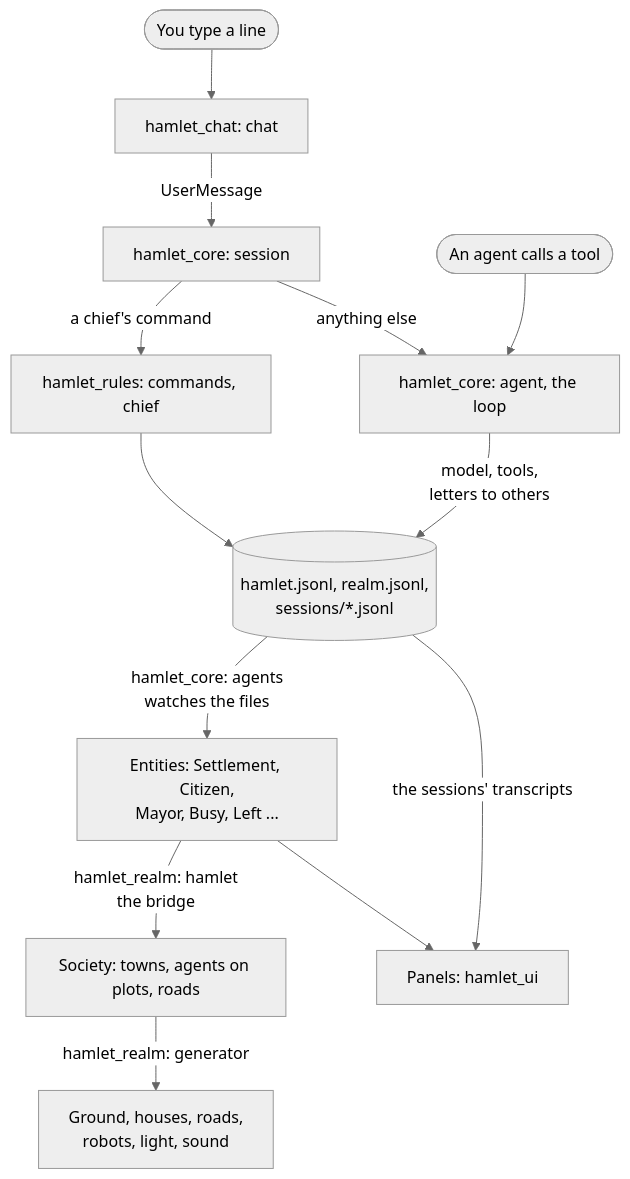
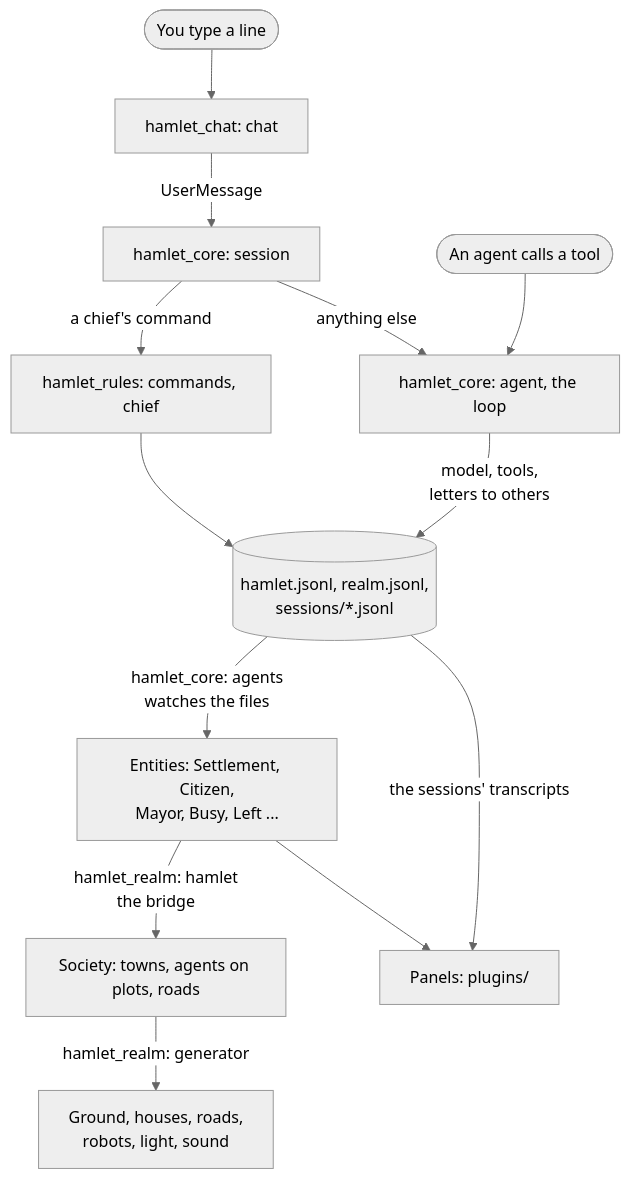
The diagram in docs/tour.md (voxell-tech/hamlet), drawn with Mermaid (neutral theme) before and after one commit. The commit also changed other lines of this file and 4 other files, not shown here.

````diff
--- a/docs/tour.md
+++ b/docs/tour.md
@@ -17,27 +17,27 @@
 ```mermaid
 flowchart TD
     typed([You type a line])
     chat["hamlet_chat: chat"]
     session["hamlet_core: session"]
     rules["hamlet_rules: commands, chief"]
     agent["hamlet_core: agent, the loop"]
     tool([An agent calls a tool])
     records[("hamlet.jsonl, realm.jsonl,<br/>sessions/*.jsonl")]
     entities["Entities: Settlement, Citizen,<br/>Mayor, Busy, Left ..."]
     society["Society: towns, agents on plots, roads"]
     drawn["Ground, houses, roads,<br/>robots, light, sound"]
-    panels["Panels: hamlet_ui"]
+    panels["Panels: plugins/"]
 
     typed --> chat
     chat -- UserMessage --> session
     session -- "a chief's command" --> rules
     session -- "anything else" --> agent
     tool --> agent
     rules --> records
     agent -- "model, tools,<br/>letters to others" --> records
     records -- "hamlet_core: agents<br/>watches the files" --> entities
     entities -- "hamlet_realm: hamlet<br/>the bridge" --> society
     society -- "hamlet_realm: generator" --> drawn
     entities --> panels
     records -- "the sessions' transcripts" --> panels
 ```
````
